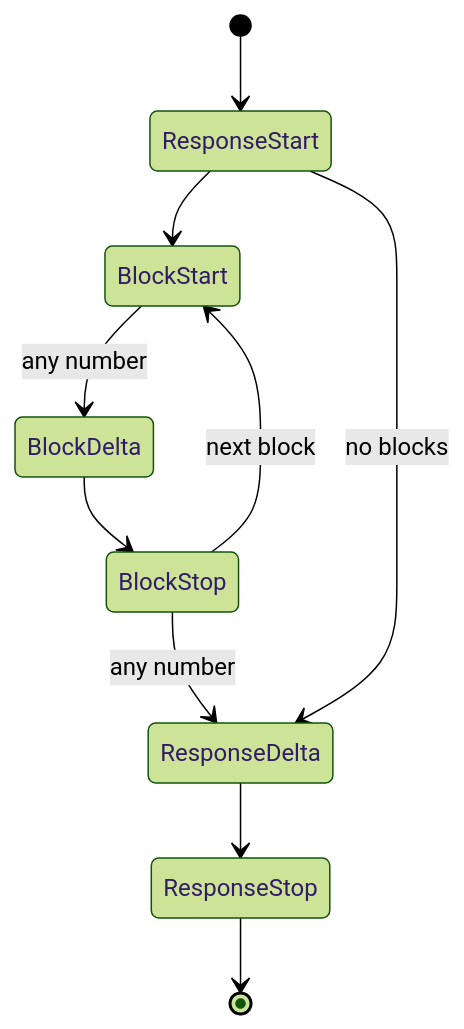
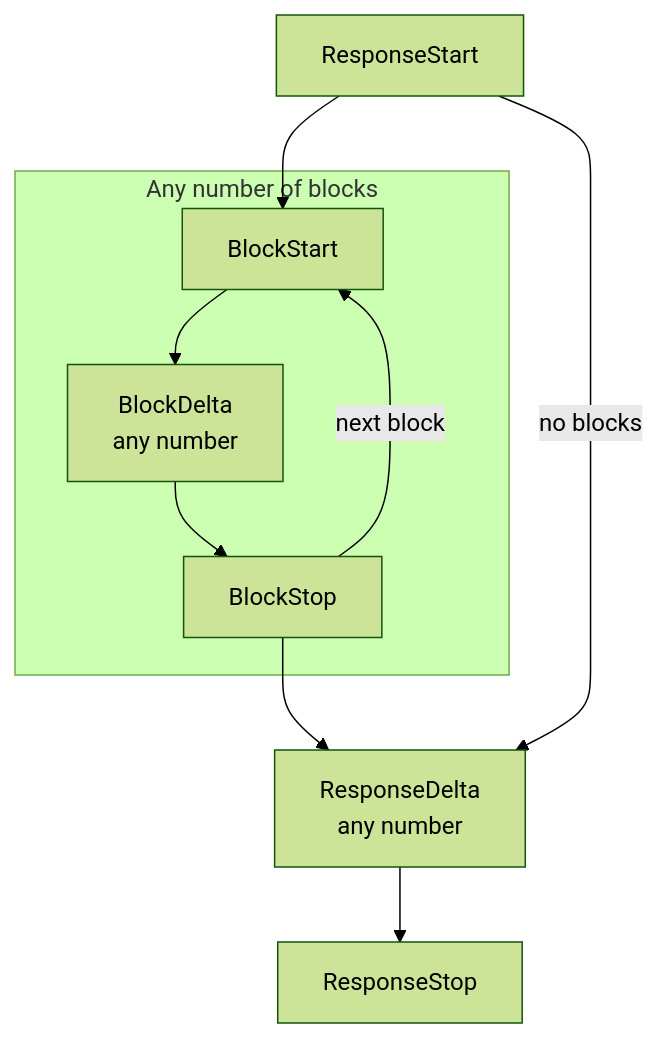
Before and after one commit to logicplanes/kaeso: the diagram in apps/docs/content/en/development/kpp/codec-design.md, drawn with Mermaid (forest theme). The commit also changed 89 other files, not shown here.

First line of the commit message:
Redraw the development pages' diagrams around what a contributor changes

````diff
--- a/apps/docs/content/en/development/kpp/codec-design.md
+++ b/apps/docs/content/en/development/kpp/codec-design.md
@@ -27,14 +27,14 @@
 ```mermaid
-stateDiagram-v2
+flowchart TD
   accTitle: The order of a KPP stream's events
   accDescr: A stream starts with ResponseStart. Then come any number of blocks, each BlockStart, any number of BlockDelta and BlockStop, then any number of ResponseDelta, and ResponseStop ends it. Error may come at any point.
-  [*] --> ResponseStart
-  ResponseStart --> BlockStart
-  BlockStart --> BlockDelta: any number
-  BlockDelta --> BlockStop
-  BlockStop --> BlockStart: next block
-  BlockStop --> ResponseDelta: any number
-  ResponseStart --> ResponseDelta: no blocks
-  ResponseDelta --> ResponseStop
-  ResponseStop --> [*]
+  start[ResponseStart]:::accent
+  subgraph blocks [Any number of blocks]
+    bstart[BlockStart] --> bdelta[BlockDelta<br>any number] --> bstop[BlockStop]
+  end
+  start --> bstart
+  bstop -- next block --> bstart
+  bstop --> rdelta[ResponseDelta<br>any number]
+  start -- no blocks --> rdelta
+  rdelta --> stop[ResponseStop]:::accent
 ```
````
